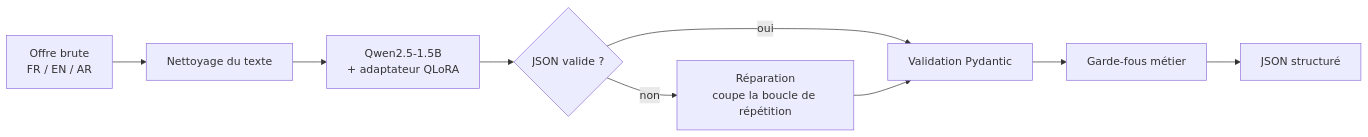
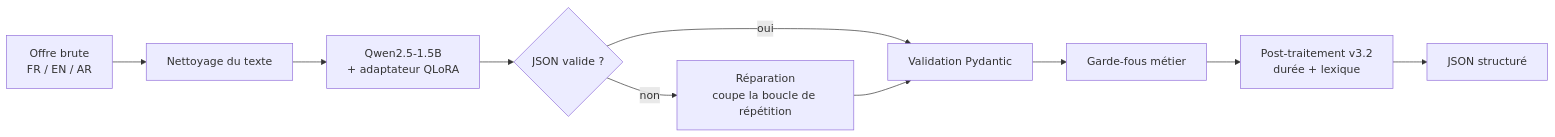
Before and after one commit to mayss111/job-offer-extractor: the diagram in README.md, drawn with Mermaid. The commit also changed other lines of this file, not shown here.

````diff
--- a/README.md
+++ b/README.md
@@ -33,11 +39,12 @@
 ```mermaid
 flowchart LR
     A[Offre brute<br/>FR / EN / AR] --> B[Nettoyage du texte]
     B --> C[Qwen2.5-1.5B<br/>+ adaptateur QLoRA]
     C --> D{JSON valide ?}
     D -- non --> E[Réparation<br/>coupe la boucle de répétition]
     D -- oui --> F[Validation Pydantic]
     E --> F
     F --> G[Garde-fous métier]
-    G --> H[JSON structuré]
+    G --> P[Post-traitement v3.2<br/>durée + lexique]
+    P --> H[JSON structuré]
 ```
````
